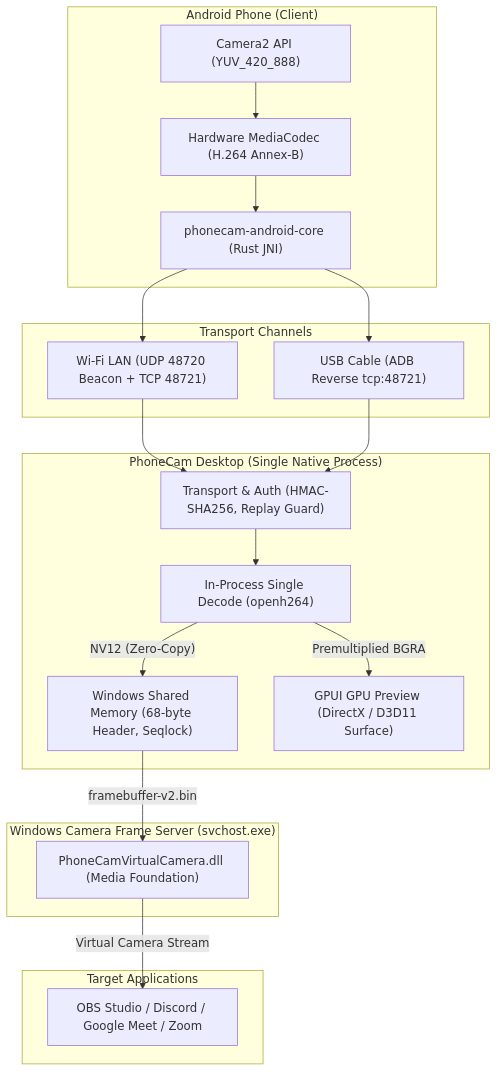
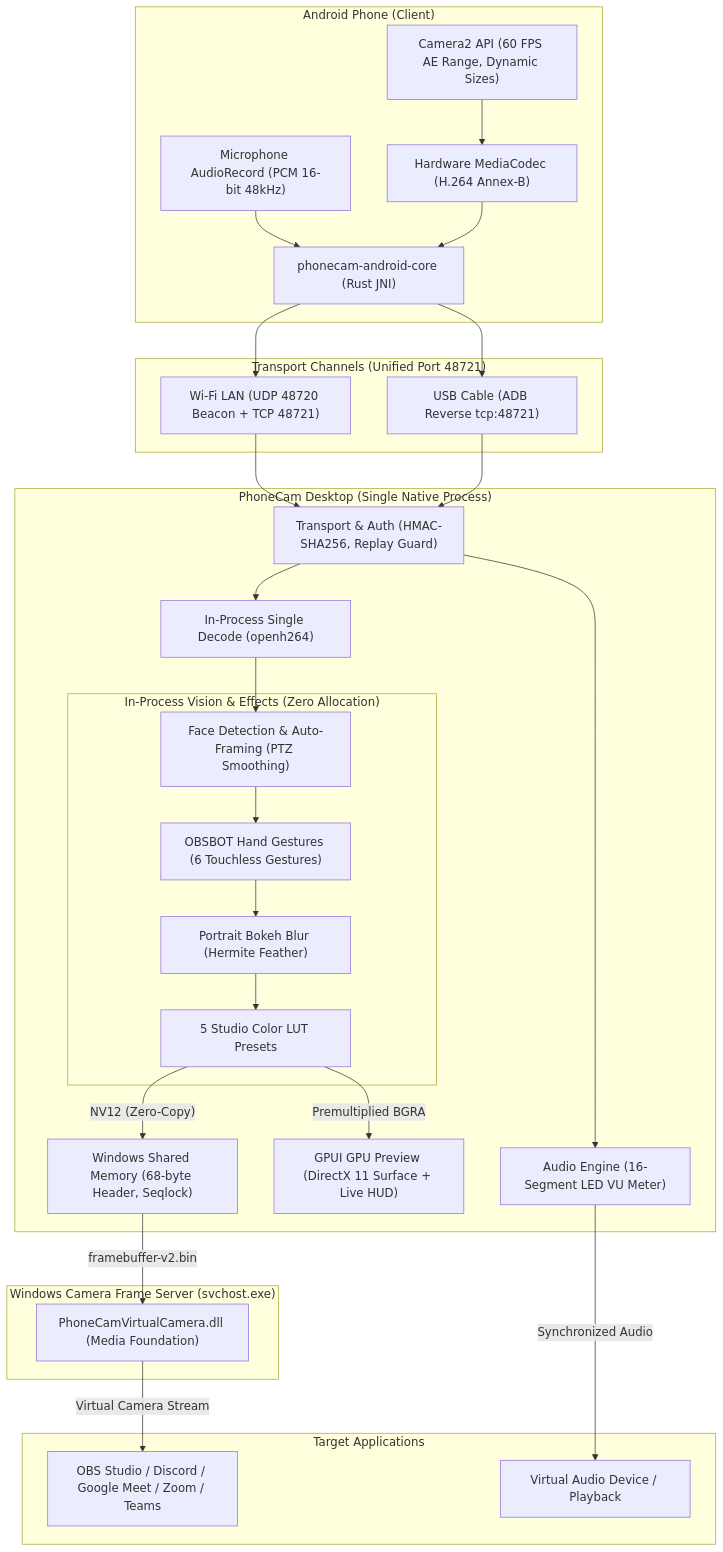
One commit to primahagantha/phonecam changed the first of 4 diagrams in README.md. Above: the diagram before and after it, drawn with Mermaid. The commit also changed other lines of this file and 6 other files, not shown here.

Commit message:
feat(gestures): expand to 6 OBSBOT gestures with valley detection, add interactive UI guide card, and update documentation

````diff
--- a/README.md
+++ b/README.md
@@ -69,43 +73,58 @@
 ```mermaid
 flowchart TD
     subgraph Android["Android Phone (Client)"]
-        Cam["Camera2 API (YUV_420_888)"]
+        Cam["Camera2 API (60 FPS AE Range, Dynamic Sizes)"]
+        Mic["Microphone AudioRecord (PCM 16-bit 48kHz)"]
         Enc["Hardware MediaCodec (H.264 Annex-B)"]
         JNI["phonecam-android-core (Rust JNI)"]
         Cam --> Enc --> JNI
+        Mic --> JNI
     end
 
-    subgraph Link["Transport Channels"]
+    subgraph Link["Transport Channels (Unified Port 48721)"]
         WiFi["Wi-Fi LAN (UDP 48720 Beacon + TCP 48721)"]
         USB["USB Cable (ADB Reverse tcp:48721)"]
     end
 
     JNI --> WiFi
     JNI --> USB
 
     subgraph Desktop["PhoneCam Desktop (Single Native Process)"]
         Auth["Transport & Auth (HMAC-SHA256, Replay Guard)"]
         Dec["In-Process Single Decode (openh264)"]
+        
+        subgraph CV["In-Process Vision & Effects (Zero Allocation)"]
+            Face["Face Detection & Auto-Framing (PTZ Smoothing)"]
+            Gest["OBSBOT Hand Gestures (6 Touchless Gestures)"]
+            Blur["Portrait Bokeh Blur (Hermite Feather)"]
+            LUT["5 Studio Color LUT Presets"]
+        end
+
+        Audio["Audio Engine (16-Segment LED VU Meter)"]
         Shm["Windows Shared Memory (68-byte Header, Seqlock)"]
-        UI["GPUI GPU Preview (DirectX / D3D11 Surface)"]
+        UI["GPUI GPU Preview (DirectX 11 Surface + Live HUD)"]
 
         Auth --> Dec
-        Dec -->|"NV12 (Zero-Copy)"| Shm
-        Dec -->|"Premultiplied BGRA"| UI
+        Auth --> Audio
+        Dec --> Face --> Gest --> Blur --> LUT
+        LUT -->|"NV12 (Zero-Copy)"| Shm
+        LUT -->|"Premultiplied BGRA"| UI
     end
 
     WiFi --> Auth
     USB --> Auth
 
     subgraph VCamService["Windows Camera Frame Server (svchost.exe)"]
         DLL["PhoneCamVirtualCamera.dll (Media Foundation)"]
     end
 
     Shm -->|"framebuffer-v2.bin"| DLL
 
     subgraph Apps["Target Applications"]
-        Consumer["OBS Studio / Discord / Google Meet / Zoom"]
+        Consumer["OBS Studio / Discord / Google Meet / Zoom / Teams"]
+        Spk["Virtual Audio Device / Playback"]
     end
 
     DLL -->|"Virtual Camera Stream"| Consumer
+    Audio -->|"Synchronized Audio"| Spk
 ```
````
